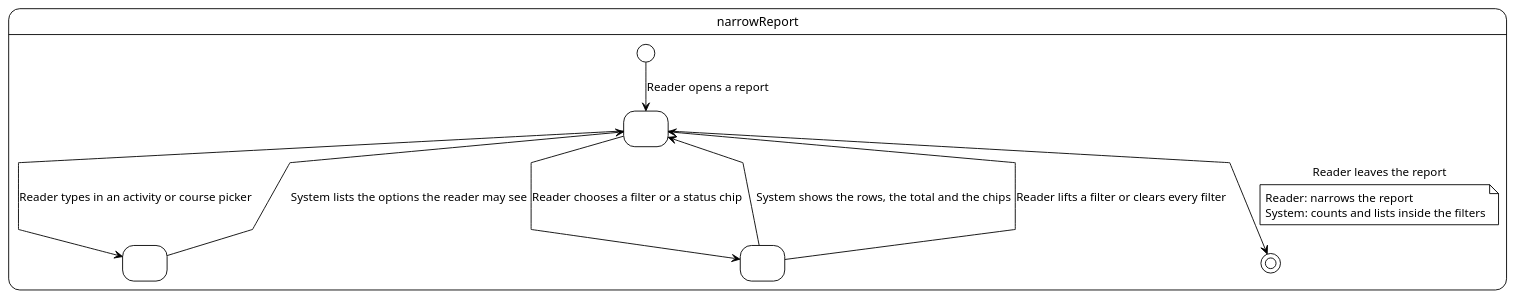
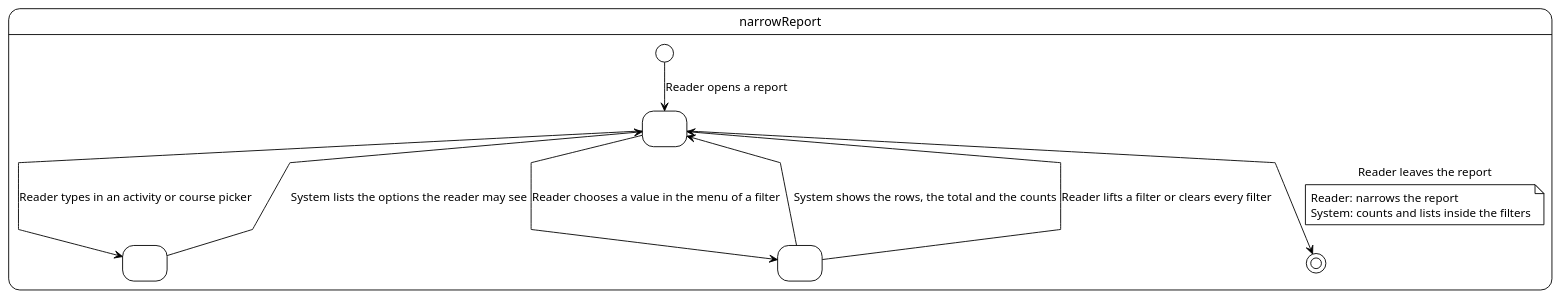
The diagram in docs/es/technical/requirements/use-cases/narrowReport/specification.puml (didactika/moodle-report_autograder), drawn with PlantUML before and after one commit. The commit also changed 52 other files, not shown here.

```diff
--- a/docs/es/technical/requirements/use-cases/narrowReport/specification.puml
+++ b/docs/es/technical/requirements/use-cases/narrowReport/specification.puml
@@ -1,25 +1,25 @@
 @startuml
 !theme plain
 skinparam linetype polyline
 hide empty description
 
 state "narrowReport" as narrowReport {
   state " " as Showing
   state " " as Searching
   state " " as Narrowed
 
   [*] --> Showing : Reader opens a report
   Showing --> Searching : Reader types in an activity or course picker
   Searching --> Showing : System lists the options the reader may see
-  Showing --> Narrowed : Reader chooses a filter or a status chip
-  Narrowed --> Showing : System shows the rows, the total and the chips
+  Showing --> Narrowed : Reader chooses a value in the menu of a filter
+  Narrowed --> Showing : System shows the rows, the total and the counts
   Narrowed --> Showing : Reader lifts a filter or clears every filter
   Showing --> [*] : Reader leaves the report
 
   note on link
     Reader: narrows the report
     System: counts and lists inside the filters
   end note
 }
 
 @enduml
```
